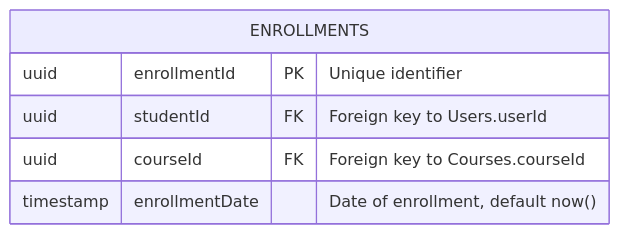
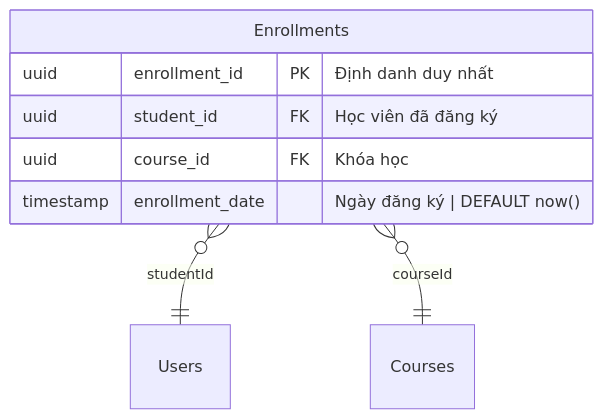
The fifth of 12 diagrams in docs/requirements/requirements.md (hainguyen81/membership-hub), drawn with Mermaid before and after one commit. The commit also changed other lines of this file and 1 other file, not shown here.

````diff
--- a/docs/requirements/requirements.md
+++ b/docs/requirements/requirements.md
@@ -162,9 +481,11 @@
-  ```mermaid
-  erDiagram
-      ENROLLMENTS {
-          uuid enrollmentId PK "Unique identifier"
-          uuid studentId FK "Foreign key to Users.userId"
-          uuid courseId FK "Foreign key to Courses.courseId"
-          timestamp enrollmentDate "Date of enrollment, default now()"
-      }
-  ```
+```mermaid
+erDiagram
+    Enrollments {
+        uuid enrollment_id PK "Định danh duy nhất"
+        uuid student_id FK "Học viên đã đăng ký"
+        uuid course_id FK "Khóa học"
+        timestamp enrollment_date "Ngày đăng ký | DEFAULT now()"
+    }
+    Enrollments }o--|| Users : "studentId"
+    Enrollments }o--|| Courses : "courseId"
+```
````
